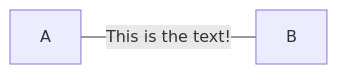
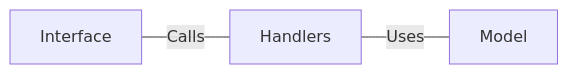
The diagram in docs/architectural-design.md (Oldranda1414/AutoDev), drawn with Mermaid before and after one commit.

Commit message:
docs: testing mermaid charts

````diff
--- a/docs/architectural-design.md
+++ b/docs/architectural-design.md
@@ -68,4 +68,5 @@
 ```mermaid
-flowchart LR
-    A-- This is the text! ---B
+    flowchart LR
+        Interface-- Calls ---Handlers
+        Handlers-- Uses ---Model
 ```
````
